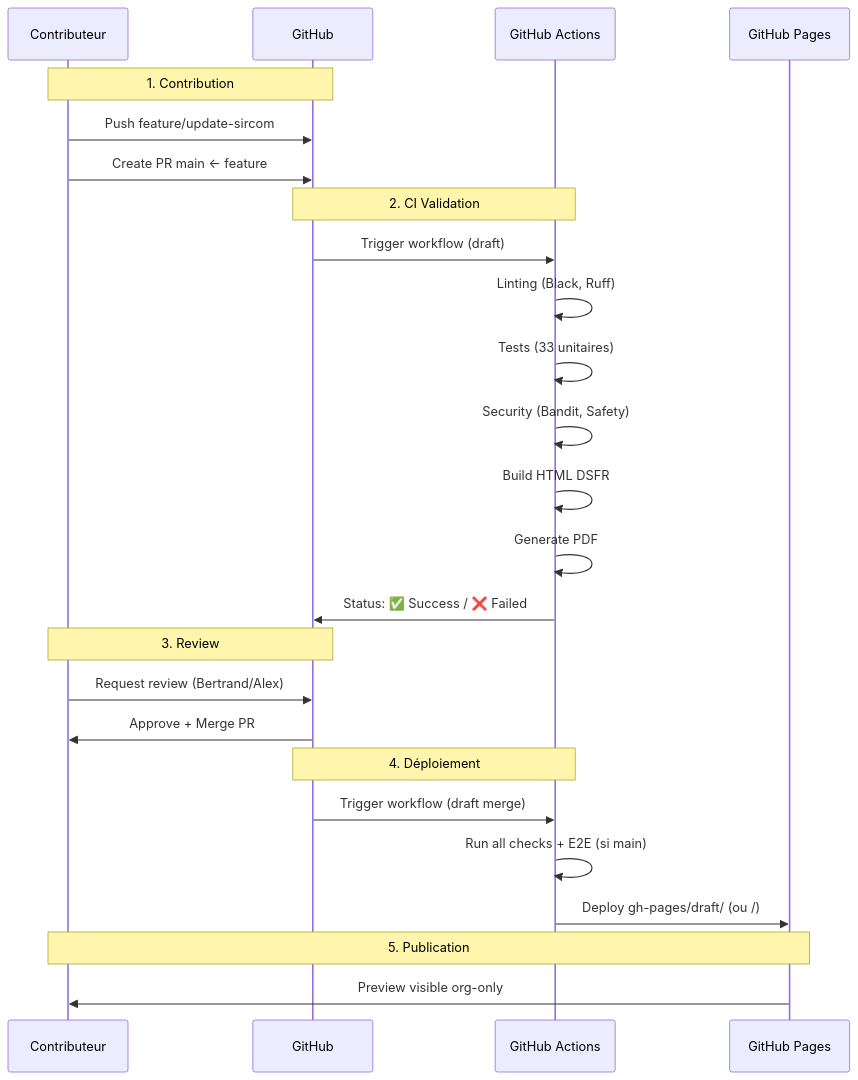
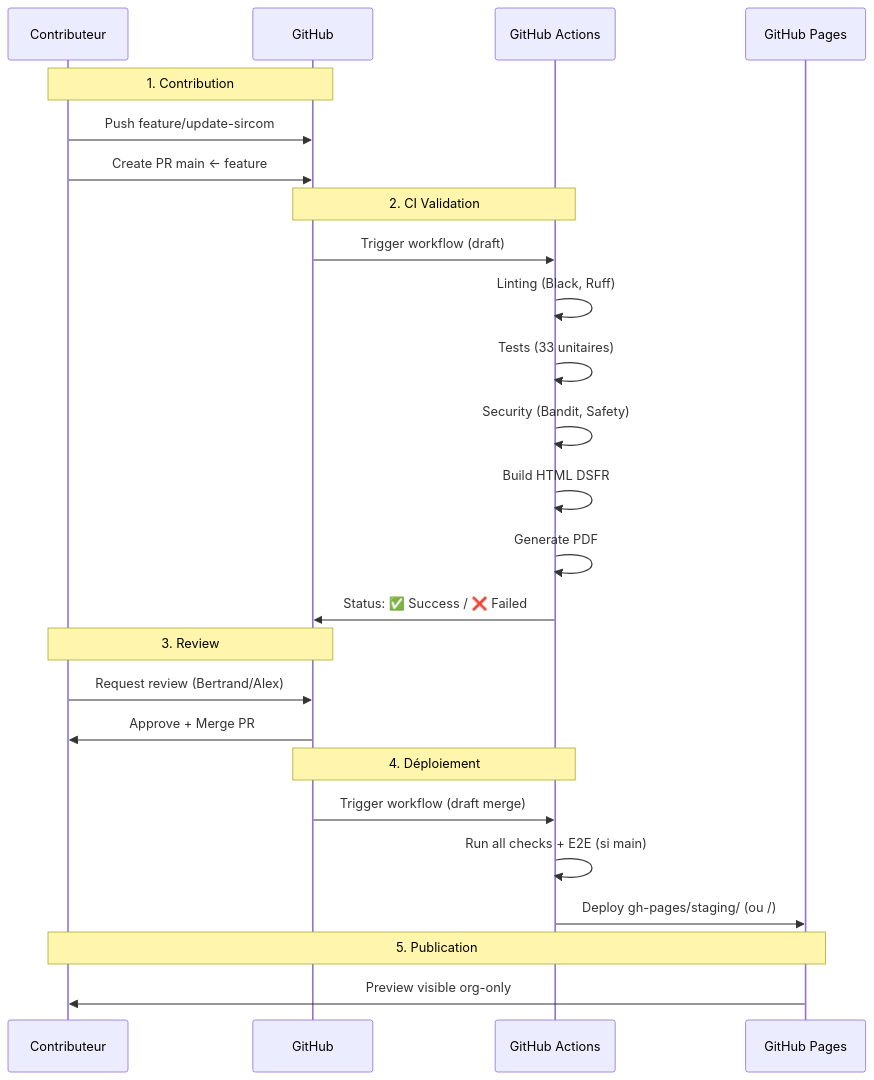
One commit to Alexmacapple/span-sg changed the third of 4 diagrams in docs/architecture/c4-diagrams.md. Above: the diagram before and after it, drawn with Mermaid. The commit also changed other lines of this file and 12 other files, not shown here.

First line of the commit message:
docs: renommer toutes références /draft/ vers /staging/

````diff
--- a/docs/architecture/c4-diagrams.md
+++ b/docs/architecture/c4-diagrams.md
@@ -216,32 +216,32 @@
 ```mermaid
 sequenceDiagram
     participant C as Contributeur
     participant G as GitHub
     participant CI as GitHub Actions
     participant P as GitHub Pages
 
     Note over C,G: 1. Contribution
     C->>G: Push feature/update-sircom
     C->>G: Create PR main ← feature
 
     Note over G,CI: 2. CI Validation
     G->>CI: Trigger workflow (draft)
     CI->>CI: Linting (Black, Ruff)
     CI->>CI: Tests (33 unitaires)
     CI->>CI: Security (Bandit, Safety)
     CI->>CI: Build HTML DSFR
     CI->>CI: Generate PDF
     CI->>G: Status: ✅ Success / ❌ Failed
 
     Note over C,G: 3. Review
     C->>G: Request review (Bertrand/Alex)
     G->>C: Approve + Merge PR
 
     Note over G,CI: 4. Déploiement
     G->>CI: Trigger workflow (draft merge)
     CI->>CI: Run all checks + E2E (si main)
-    CI->>P: Deploy gh-pages/draft/ (ou /)
+    CI->>P: Deploy gh-pages/staging/ (ou /)
 
     Note over C,P: 5. Publication
     P->>C: Preview visible org-only
 ```
````
